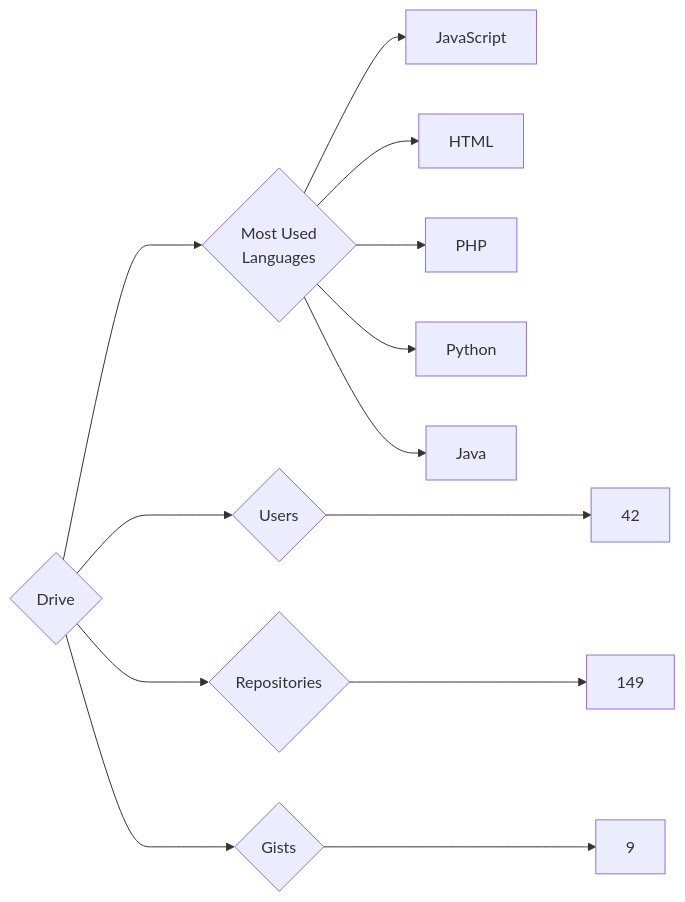
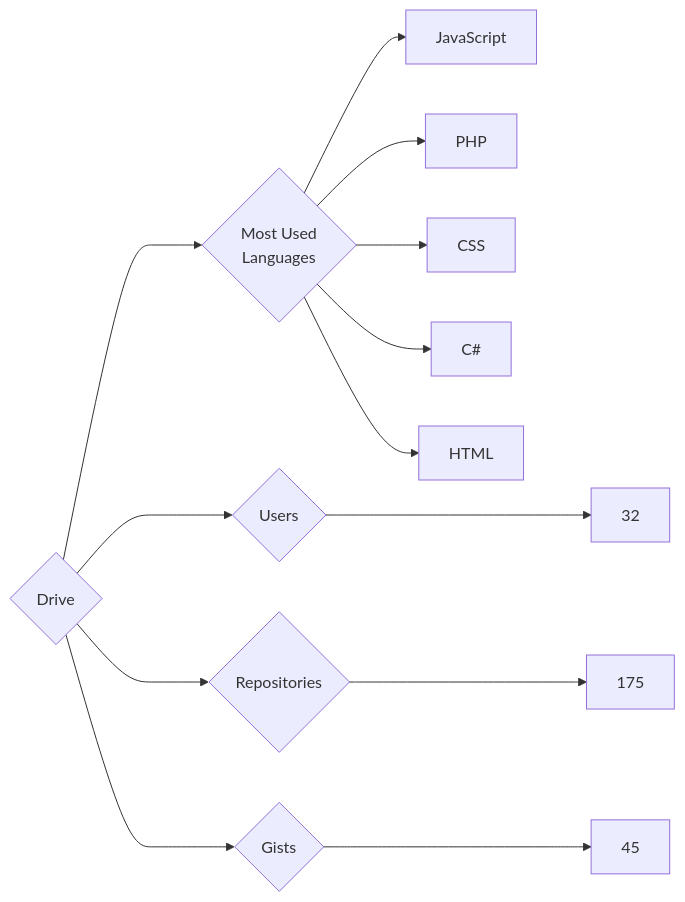
The diagram in targets/Drive/README.md (trickest/insiders), drawn with Mermaid before and after one commit. The commit also changed 1084 other files, not shown here.

````diff
--- a/targets/Drive/README.md
+++ b/targets/Drive/README.md
@@ -3,13 +3,13 @@
 ```mermaid
 graph LR
 COMPANY_NAME{Drive}
-COMPANY_NAME ---> U{Users} ---> UN[42]
-COMPANY_NAME ---> R{Repositories} ---> RN[149]
-COMPANY_NAME ---> G{Gists} ---> GN[9]
+COMPANY_NAME ---> U{Users} ---> UN[32]
+COMPANY_NAME ---> R{Repositories} ---> RN[175]
+COMPANY_NAME ---> G{Gists} ---> GN[45]
 COMPANY_NAME ---> ML{Most Used<br>Languages}
 ML --> JavaScript[JavaScript]
+ML --> PHP[PHP]
+ML --> CSS[CSS]
+ML --> C#[C#]
 ML --> HTML[HTML]
-ML --> PHP[PHP]
-ML --> Python[Python]
-ML --> Java[Java]
 ```
````
